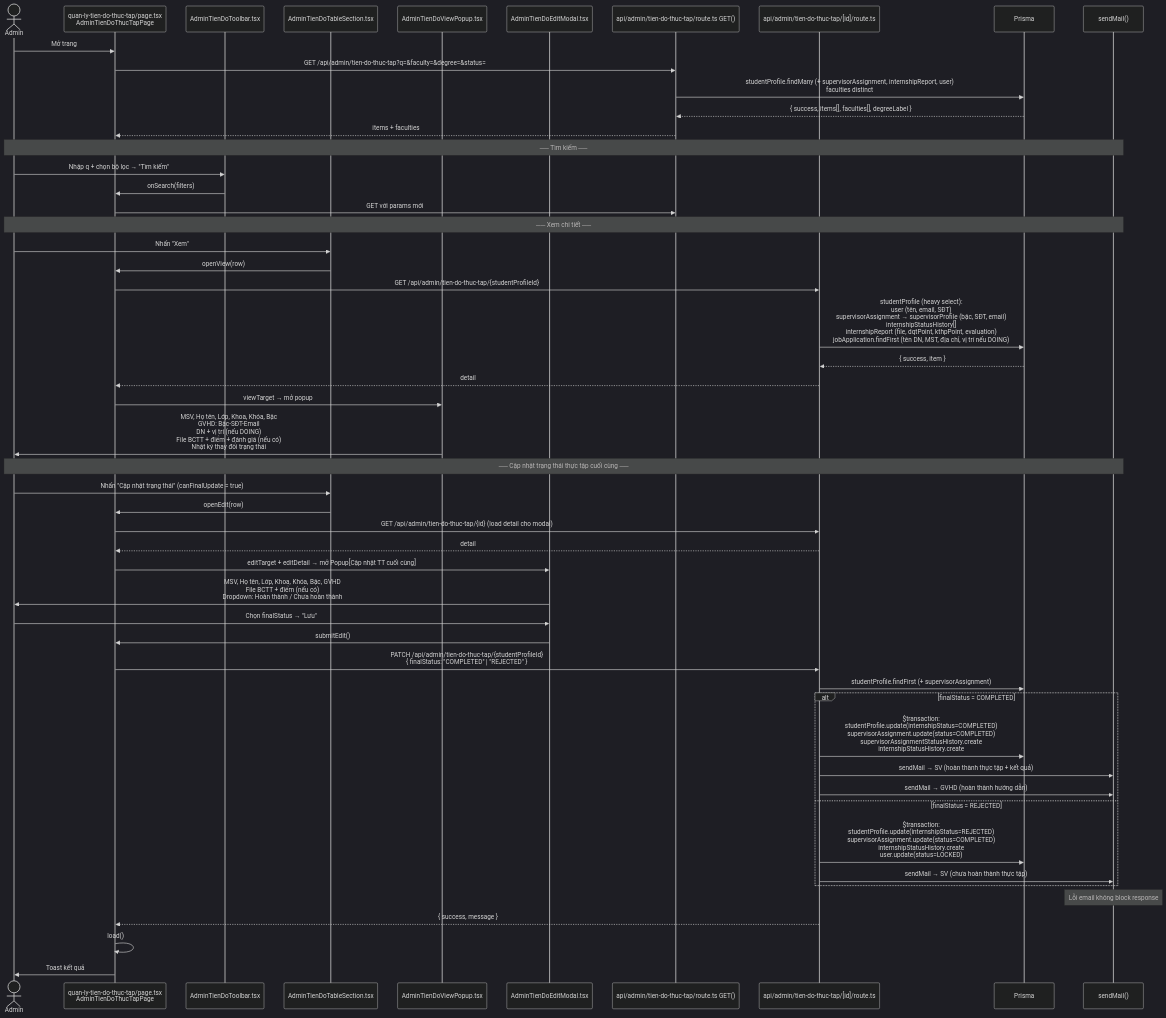
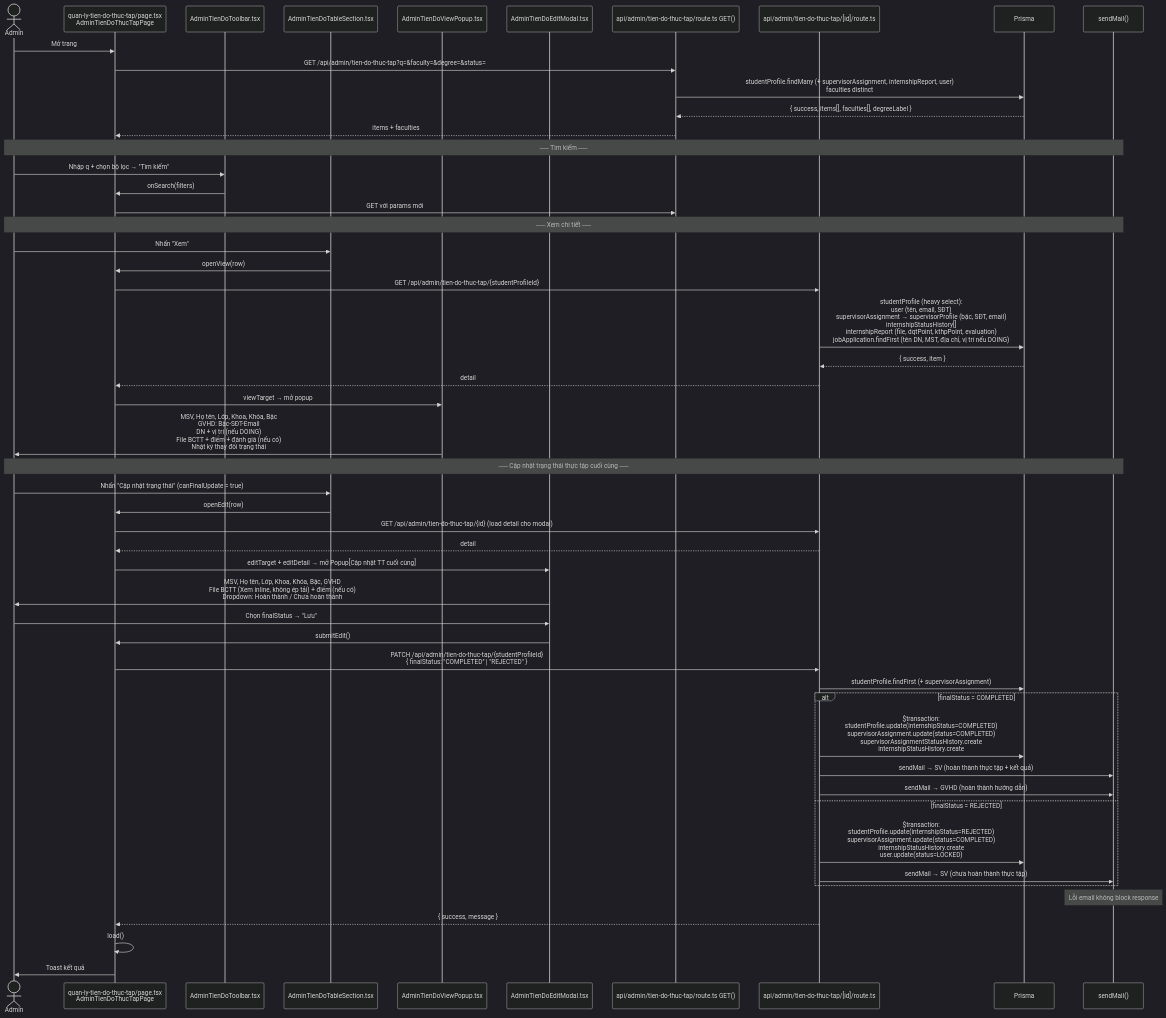
Before and after one commit to dmt041104111003/manage_utc: the eighth of 9 diagrams in docs/admin.md, drawn with Mermaid (dark theme). The commit also changed other lines of this file and 2 other files, not shown here.

````diff
--- a/docs/admin.md
+++ b/docs/admin.md
@@ -806,60 +809,60 @@
 ```mermaid
 sequenceDiagram
     actor Admin
     participant Page as quan-ly-tien-do-thuc-tap/page.tsx<br/>AdminTienDoThucTapPage
     participant Toolbar as AdminTienDoToolbar.tsx
     participant Table as AdminTienDoTableSection.tsx
     participant ViewPop as AdminTienDoViewPopup.tsx
     participant EditModal as AdminTienDoEditModal.tsx
     participant ListAPI as api/admin/tien-do-thuc-tap/route.ts GET()
     participant DetailAPI as api/admin/tien-do-thuc-tap/[id]/route.ts
     participant DB as Prisma
     participant Mail as sendMail()
 
     Admin->>Page: Mở trang
     Page->>ListAPI: GET /api/admin/tien-do-thuc-tap?q=&faculty=&degree=&status=
     ListAPI->>DB: studentProfile.findMany (+ supervisorAssignment, internshipReport, user)<br/>faculties distinct
     DB-->>ListAPI: { success, items[], faculties[], degreeLabel }
     ListAPI-->>Page: items + faculties
 
     Note over Admin,Mail: ── Tìm kiếm ──
     Admin->>Toolbar: Nhập q + chọn bộ lọc → "Tìm kiếm"
     Toolbar->>Page: onSearch(filters)
     Page->>ListAPI: GET với params mới
 
     Note over Admin,Mail: ── Xem chi tiết ──
     Admin->>Table: Nhấn "Xem"
     Table->>Page: openView(row)
     Page->>DetailAPI: GET /api/admin/tien-do-thuc-tap/{studentProfileId}
     DetailAPI->>DB: studentProfile (heavy select):<br/>  user (tên, email, SĐT)<br/>  supervisorAssignment → supervisorProfile (bậc, SĐT, email)<br/>  internshipStatusHistory[]<br/>  internshipReport (file, dqtPoint, kthpPoint, evaluation)<br/>jobApplication.findFirst (tên DN, MST, địa chỉ, vị trí nếu DOING)
     DB-->>DetailAPI: { success, item }
     DetailAPI-->>Page: detail
     Page->>ViewPop: viewTarget → mở popup
     ViewPop->>Admin: MSV, Họ tên, Lớp, Khoa, Khóa, Bậc<br/>GVHD: Bậc-SĐT-Email<br/>DN + vị trí (nếu DOING)<br/>File BCTT + điểm + đánh giá (nếu có)<br/>Nhật ký thay đổi trạng thái
 
     Note over Admin,Mail: ── Cập nhật trạng thái thực tập cuối cùng ──
     Admin->>Table: Nhấn "Cập nhật trạng thái" (canFinalUpdate = true)
     Table->>Page: openEdit(row)
     Page->>DetailAPI: GET /api/admin/tien-do-thuc-tap/{id} (load detail cho modal)
     DetailAPI-->>Page: detail
     Page->>EditModal: editTarget + editDetail → mở Popup[Cập nhật TT cuối cùng]
-    EditModal->>Admin: MSV, Họ tên, Lớp, Khoa, Khóa, Bậc, GVHD<br/>File BCTT + điểm (nếu có)<br/>Dropdown: Hoàn thành / Chưa hoàn thành
+    EditModal->>Admin: MSV, Họ tên, Lớp, Khoa, Khóa, Bậc, GVHD<br/>File BCTT (Xem inline, không ép tải) + điểm (nếu có)<br/>Dropdown: Hoàn thành / Chưa hoàn thành
 
     Admin->>EditModal: Chọn finalStatus → "Lưu"
     EditModal->>Page: submitEdit()
     Page->>DetailAPI: PATCH /api/admin/tien-do-thuc-tap/{studentProfileId}<br/>{ finalStatus: "COMPLETED" | "REJECTED" }
 
     DetailAPI->>DB: studentProfile.findFirst (+ supervisorAssignment)
     alt finalStatus = COMPLETED
         DetailAPI->>DB: $transaction:<br/>studentProfile.update(internshipStatus=COMPLETED)<br/>supervisorAssignment.update(status=COMPLETED)<br/>supervisorAssignmentStatusHistory.create<br/>internshipStatusHistory.create
         DetailAPI->>Mail: sendMail → SV (hoàn thành thực tập + kết quả)
         DetailAPI->>Mail: sendMail → GVHD (hoàn thành hướng dẫn)
     else finalStatus = REJECTED
         DetailAPI->>DB: $transaction:<br/>studentProfile.update(internshipStatus=REJECTED)<br/>supervisorAssignment.update(status=COMPLETED)<br/>internshipStatusHistory.create<br/>user.update(status=LOCKED)
         DetailAPI->>Mail: sendMail → SV (chưa hoàn thành thực tập)
     end
     Note over Mail: Lỗi email không block response
     DetailAPI-->>Page: { success, message }
     Page->>Page: load()
     Page->>Admin: Toast kết quả
 ```
````
